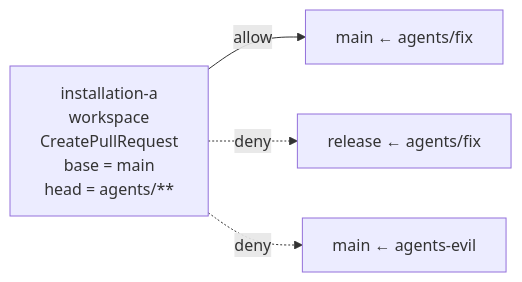
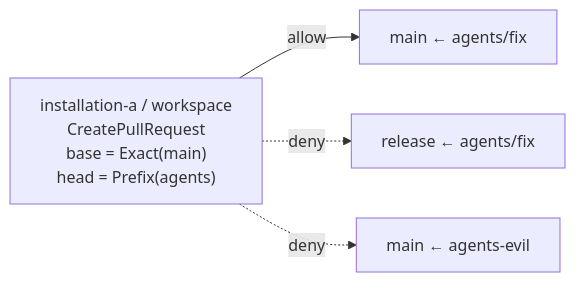
Before and after one commit to Aqua-218/SecCamp-AIAgent: the diagram in docs/authority-core/github-authorities.md, drawn with Mermaid. The commit also changed other lines of this file, not shown here.

First line of the commit message:
docs(authority-core): expand the GitHub authority page

````diff
--- a/docs/authority-core/github-authorities.md
+++ b/docs/authority-core/github-authorities.md
@@ -29,10 +33,10 @@
 ```mermaid
 flowchart LR
-    authority["installation-a<br/>workspace<br/>CreatePullRequest<br/>base = main<br/>head = agents/**"]
+    authority["installation-a / workspace<br/>CreatePullRequest<br/>base = Exact(main)<br/>head = Prefix(agents)"]
     ok["main ← agents/fix"]
     badBase["release ← agents/fix"]
     badHead["main ← agents-evil"]
     authority -->|allow| ok
     authority -.->|deny| badBase
     authority -.->|deny| badHead
 ```
````
